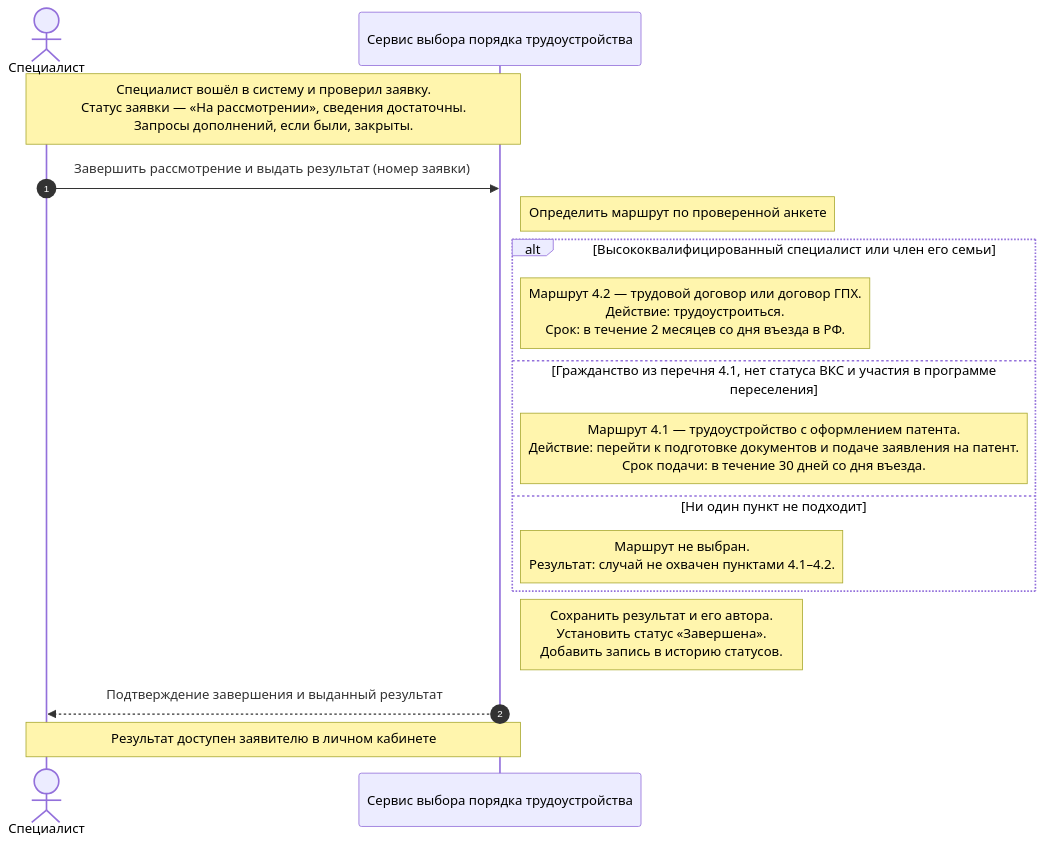
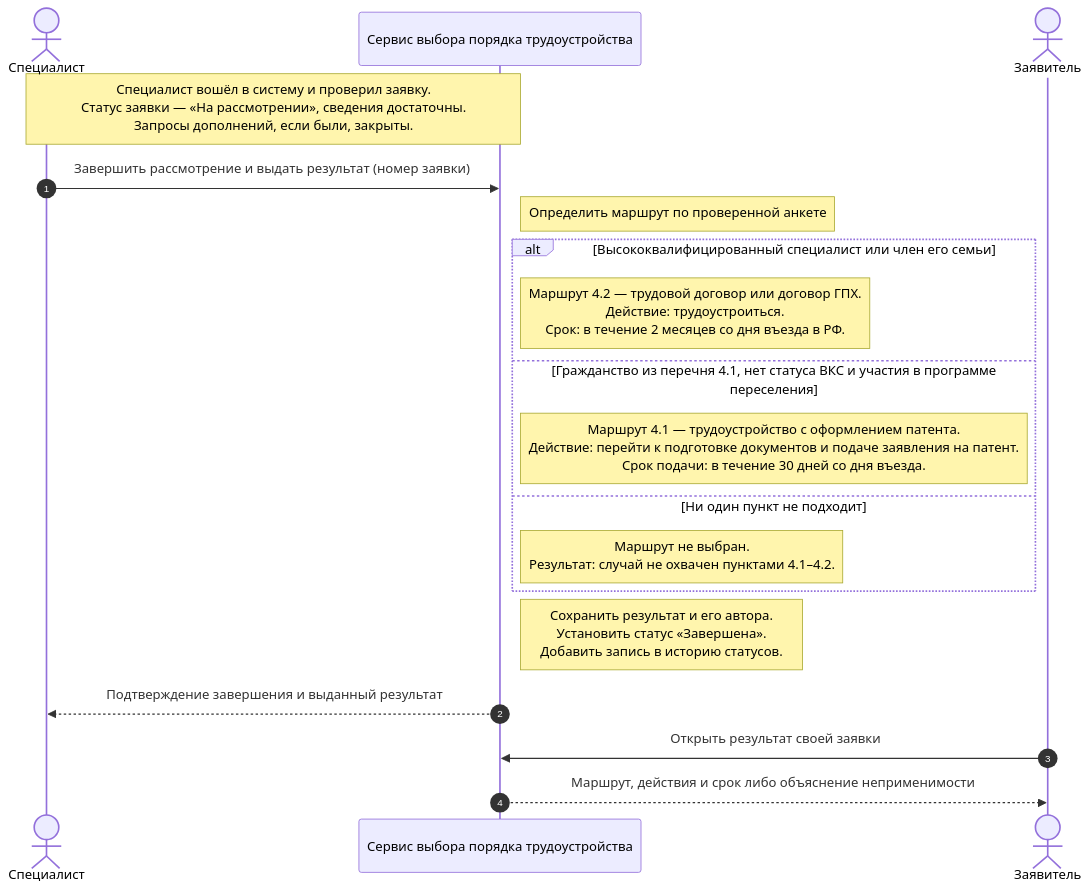
One commit to maynotnerd/peacemaker changed the diagram in system_sequence.md. Above: the diagram before and after it, drawn with Mermaid. The commit also changed other lines of this file, not shown here.

````diff
--- a/system_sequence.md
+++ b/system_sequence.md
@@ -3,22 +3,24 @@
 ```mermaid
 sequenceDiagram
     autonumber
     actor Specialist as Специалист
     participant System as Сервис выбора порядка трудоустройства
+    actor Applicant as Заявитель
 
     Note over Specialist,System: Специалист вошёл в систему и проверил заявку.<br/>Статус заявки — «На рассмотрении», сведения достаточны.<br/>Запросы дополнений, если были, закрыты.
     Specialist->>System: Завершить рассмотрение и выдать результат (номер заявки)
     Note right of System: Определить маршрут по проверенной анкете
 
     alt Высококвалифицированный специалист или член его семьи
         Note right of System: Маршрут 4.2 — трудовой договор или договор ГПХ.<br/>Действие: трудоустроиться.<br/>Срок: в течение 2 месяцев со дня въезда в РФ.
     else Гражданство из перечня 4.1, нет статуса ВКС и участия в программе переселения
         Note right of System: Маршрут 4.1 — трудоустройство с оформлением патента.<br/>Действие: перейти к подготовке документов и подаче заявления на патент.<br/>Срок подачи: в течение 30 дней со дня въезда.
     else Ни один пункт не подходит
         Note right of System: Маршрут не выбран.<br/>Результат: случай не охвачен пунктами 4.1–4.2.
     end
 
     Note right of System: Сохранить результат и его автора.<br/>Установить статус «Завершена».<br/>Добавить запись в историю статусов.
     System-->>Specialist: Подтверждение завершения и выданный результат
-    Note over Specialist,System: Результат доступен заявителю в личном кабинете
+    Applicant->>System: Открыть результат своей заявки
+    System-->>Applicant: Маршрут, действия и срок либо объяснение неприменимости
 ```
````
